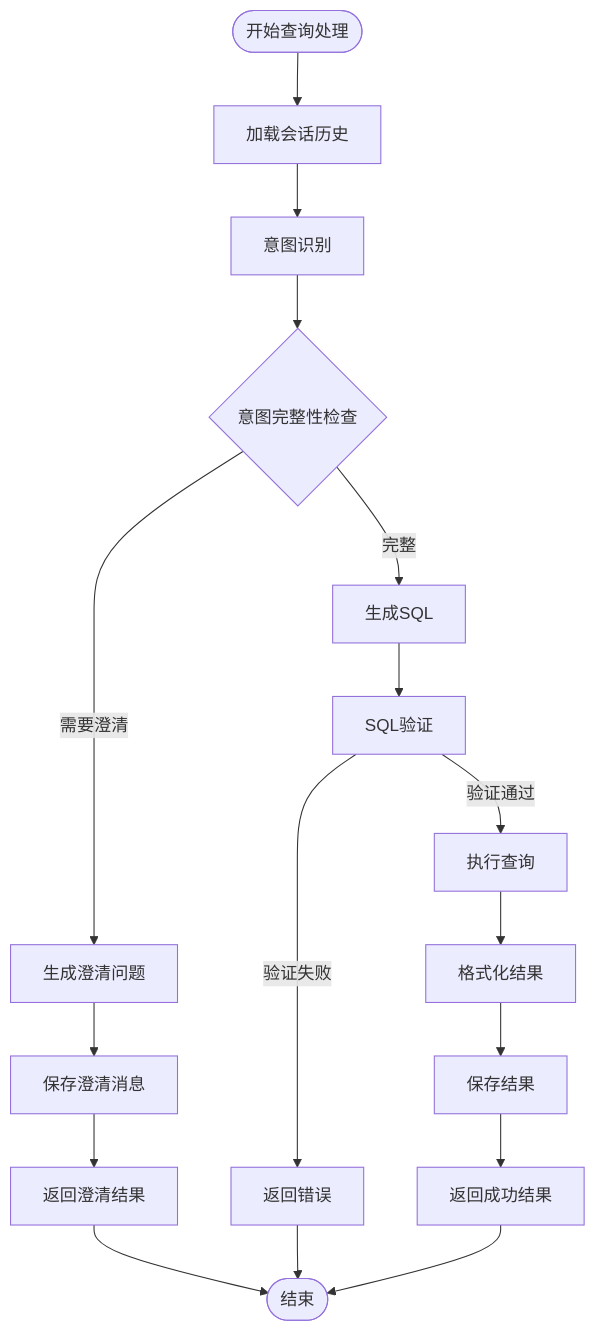
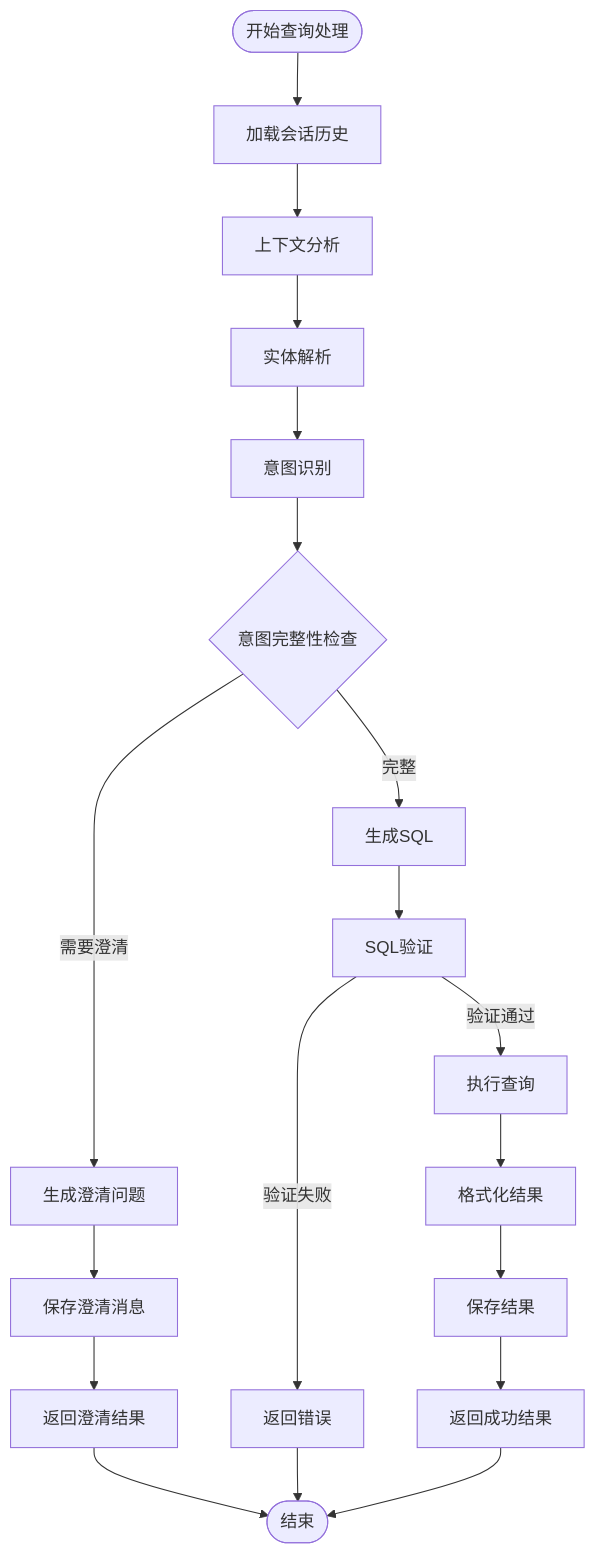
Before and after one commit to HanHuiOnLine/724-office: the third of 12 diagrams in .qoder/repowiki/zh/content/架构设计/NL2SQL系统架构设计.md, drawn with Mermaid. The commit also changed other lines of this file and 14 other files, not shown here.

````diff
--- a/.qoder/repowiki/zh/content/架构设计/NL2SQL系统架构设计.md
+++ b/.qoder/repowiki/zh/content/架构设计/NL2SQL系统架构设计.md
@@ -131,19 +145,21 @@
 ```mermaid
 flowchart TD
 Start([开始查询处理]) --> LoadHistory[加载会话历史]
-LoadHistory --> AnalyzeIntent[意图识别]
+LoadHistory --> ContextAnalysis[上下文分析]
+ContextAnalysis --> EntityResolve[实体解析]
+EntityResolve --> AnalyzeIntent[意图识别]
 AnalyzeIntent --> CheckCompleteness{意图完整性检查}
 CheckCompleteness --> |需要澄清| GenerateClarification[生成澄清问题]
 CheckCompleteness --> |完整| GenerateSQL[生成SQL]
 GenerateClarification --> SaveClarification[保存澄清消息]
 SaveClarification --> ReturnClarification[返回澄清结果]
 GenerateSQL --> ValidateSQL[SQL验证]
 ValidateSQL --> |验证失败| ReturnError[返回错误]
 ValidateSQL --> |验证通过| ExecuteQuery[执行查询]
 ExecuteQuery --> FormatResult[格式化结果]
 FormatResult --> SaveResult[保存结果]
 SaveResult --> ReturnSuccess[返回成功结果]
 ReturnError --> End([结束])
 ReturnClarification --> End
 ReturnSuccess --> End
 ```
````
